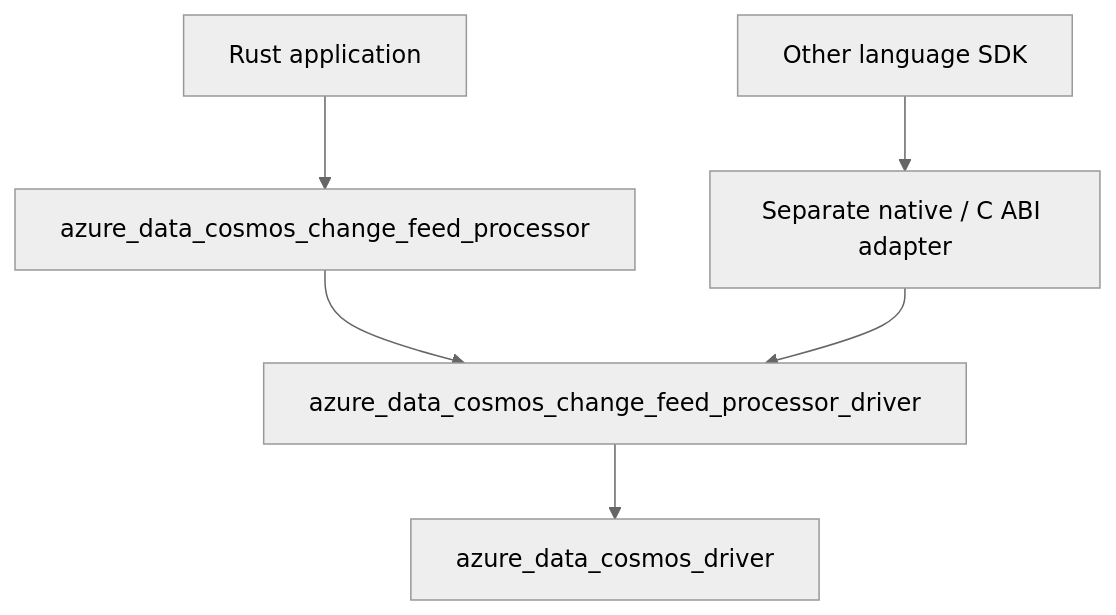
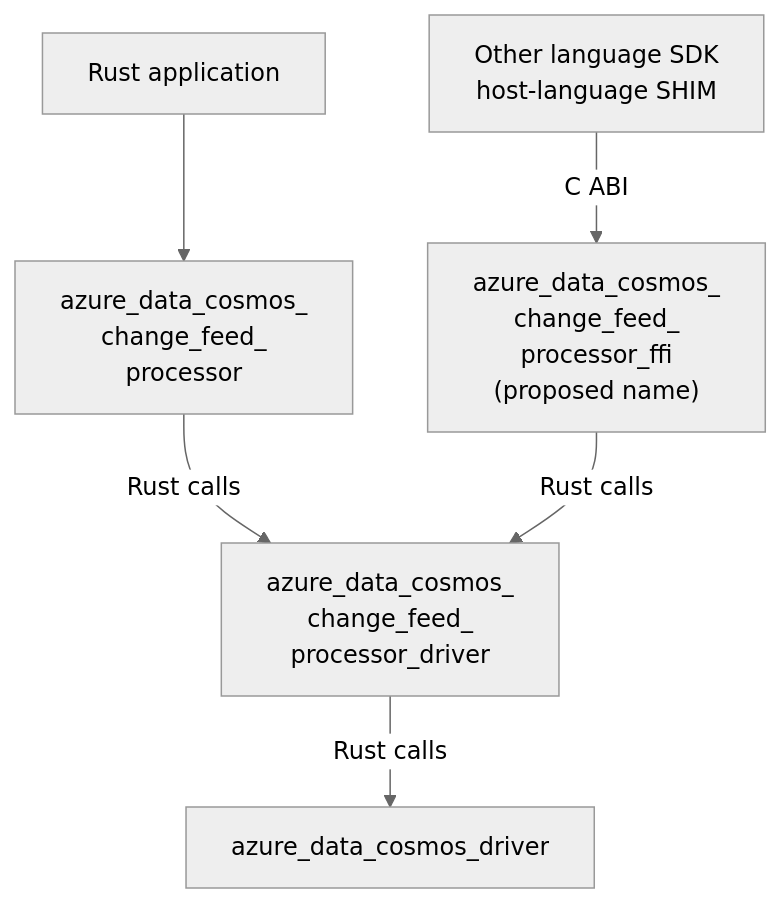
The diagram in sdk/cosmos/docs/specs/0030-change-feed-processor-package-boundaries.md (Azure/azure-sdk-for-rust), drawn with Mermaid (neutral theme) before and after one commit. The commit also changed other lines of this file, not shown here.

First line of the commit message:
Clarify CFP integration and FFI contracts

````diff
--- a/sdk/cosmos/docs/specs/0030-change-feed-processor-package-boundaries.md
+++ b/sdk/cosmos/docs/specs/0030-change-feed-processor-package-boundaries.md
@@ -57,8 +62,14 @@
 ```mermaid
 flowchart TB
-    App["Rust application"] --> API["azure_data_cosmos_change_feed_processor"]
-    API --> CFPDriver["azure_data_cosmos_change_feed_processor_driver"]
-    CFPDriver --> Driver["azure_data_cosmos_driver"]
-    Other["Other language SDK"] --> Native["Separate native / C ABI adapter"]
-    Native --> CFPDriver
+    App["Rust application"]
+    API["azure_data_cosmos_<br/>change_feed_<br/>processor"]
+    CFPDriver["azure_data_cosmos_<br/>change_feed_<br/>processor_driver"]
+    Driver["azure_data_cosmos_driver"]
+    Other["Other language SDK<br/>host-language SHIM"]
+    Native["azure_data_cosmos_<br/>change_feed_<br/>processor_ffi<br/>(proposed name)"]
+    App --> API
+    API -->|"Rust calls"| CFPDriver
+    CFPDriver -->|"Rust calls"| Driver
+    Other -->|"C ABI"| Native
+    Native -->|"Rust calls"| CFPDriver
 ```
````
